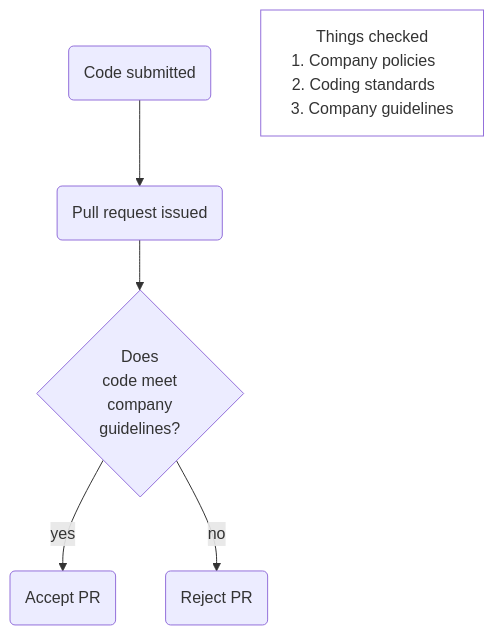
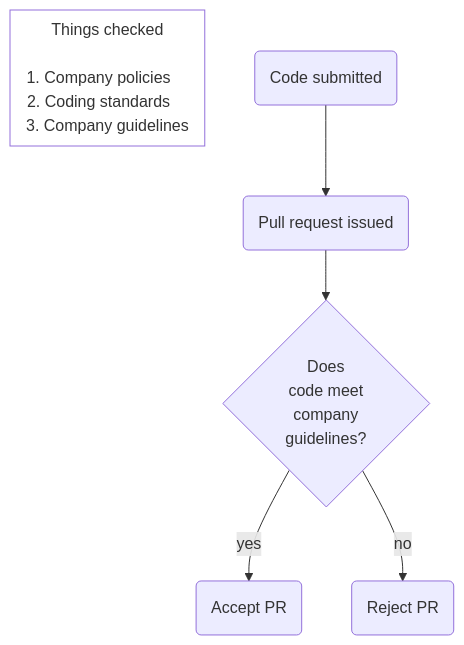
The second of 2 diagrams in notes/06_quality_processes.md (coillarach/SET09102), drawn with Mermaid before and after one commit.

Commit message:
Fixed mermaid flowchart

````diff
--- a/notes/06_quality_processes.md
+++ b/notes/06_quality_processes.md
@@ -183,9 +183,14 @@
 ``` mermaid
 flowchart TD
   node1(Code submitted) --> node2(Pull request issued)
   node2 --> decision1{Does \ncode meet \ncompany \nguidelines?}
   decision1 --> |yes| node3(Accept PR)
   decision1 --> |no| node4(Reject PR)
-  box1[Things checked \n1. Company policies&nbsp;&nbsp;&nbsp;&nbsp;\n2. Coding standards&nbsp;&nbsp;&nbsp;&nbsp;\n3. Company guidelines]
+  subgraph box1["Things checked
+
+1. Company policies#nbsp;#nbsp;#nbsp;#nbsp;
+2. Coding standards#nbsp;#nbsp;#nbsp;#nbsp;
+3. Company guidelines"]
+  end
   style box1 fill: #fff
 ```
````
